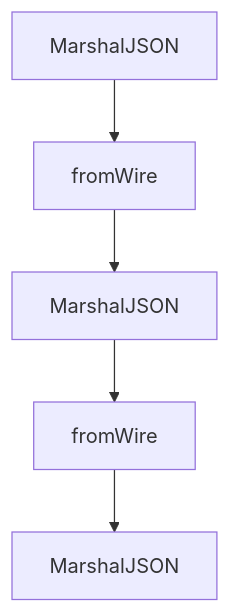
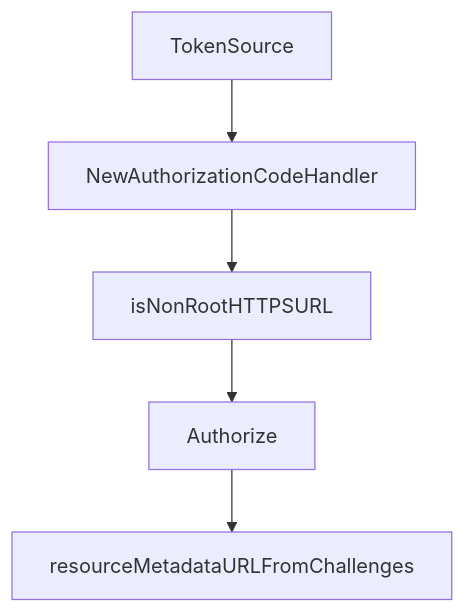
Before and after one commit to johnxie/awesome-code-docs: the diagram in tutorials/mcp-go-sdk-tutorial/01-getting-started-and-sdk-package-map.md, drawn with Mermaid. The commit also changed other lines of this file and 1232 other files, not shown here.

````diff
--- a/tutorials/mcp-go-sdk-tutorial/01-getting-started-and-sdk-package-map.md
+++ b/tutorials/mcp-go-sdk-tutorial/01-getting-started-and-sdk-package-map.md
@@ -224,12 +222,12 @@
 ```mermaid
 flowchart TD
-    A[MarshalJSON]
-    B[fromWire]
-    C[MarshalJSON]
-    D[fromWire]
-    E[MarshalJSON]
+    A[TokenSource]
+    B[NewAuthorizationCodeHandler]
+    C[isNonRootHTTPSURL]
+    D[Authorize]
+    E[resourceMetadataURLFromChallenges]
     A --> B
     B --> C
     C --> D
     D --> E
 ```
````
